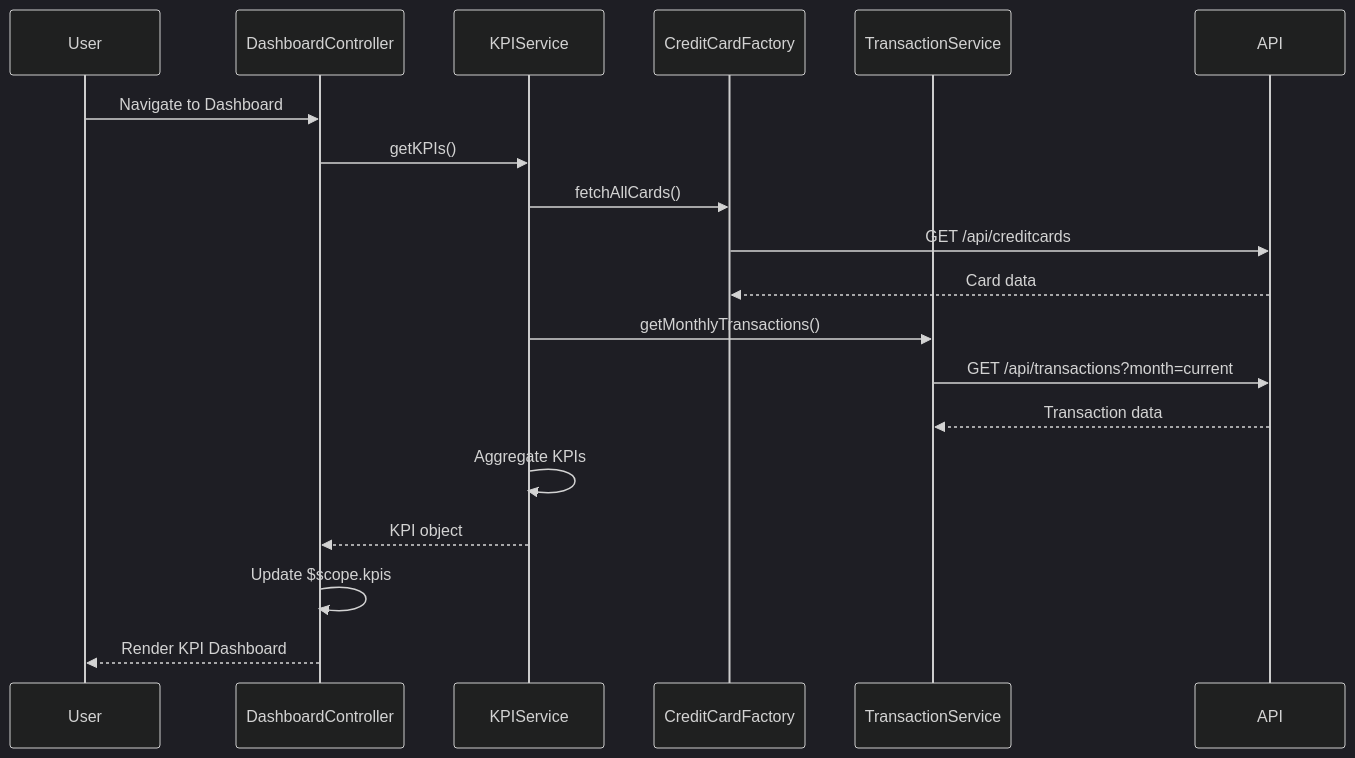
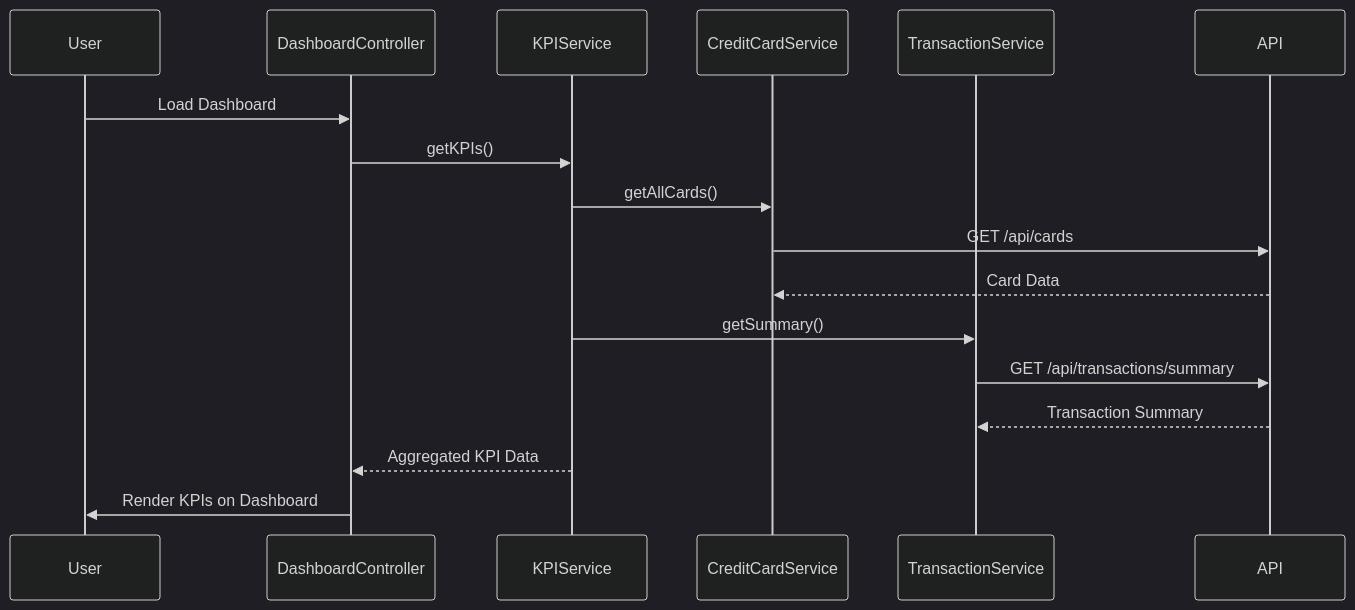
One commit to AAVA-Demo/APB_Demo changed the diagram in LLD/QE-7729_LLD.md. Above: the diagram before and after it, drawn with Mermaid (dark theme). The commit also changed other lines of this file and 5 other files, not shown here.

````diff
--- a/LLD/QE-7729_LLD.md
+++ b/LLD/QE-7729_LLD.md
@@ -71,22 +92,20 @@
 ```mermaid
 sequenceDiagram
     participant User
     participant DashboardController
     participant KPIService
-    participant CreditCardFactory
+    participant CreditCardService
     participant TransactionService
     participant API
 
-    User->>DashboardController: Navigate to Dashboard
+    User->>DashboardController: Load Dashboard
     DashboardController->>KPIService: getKPIs()
-    KPIService->>CreditCardFactory: fetchAllCards()
-    CreditCardFactory->>API: GET /api/creditcards
-    API-->>CreditCardFactory: Card data
-    KPIService->>TransactionService: getMonthlyTransactions()
-    TransactionService->>API: GET /api/transactions?month=current
-    API-->>TransactionService: Transaction data
-    KPIService->>KPIService: Aggregate KPIs
-    KPIService-->>DashboardController: KPI object
-    DashboardController->>DashboardController: Update $scope.kpis
-    DashboardController-->>User: Render KPI Dashboard
+    KPIService->>CreditCardService: getAllCards()
+    CreditCardService->>API: GET /api/cards
+    API-->>CreditCardService: Card Data
+    KPIService->>TransactionService: getSummary()
+    TransactionService->>API: GET /api/transactions/summary
+    API-->>TransactionService: Transaction Summary
+    KPIService-->>DashboardController: Aggregated KPI Data
+    DashboardController->>User: Render KPIs on Dashboard
 ```
````
